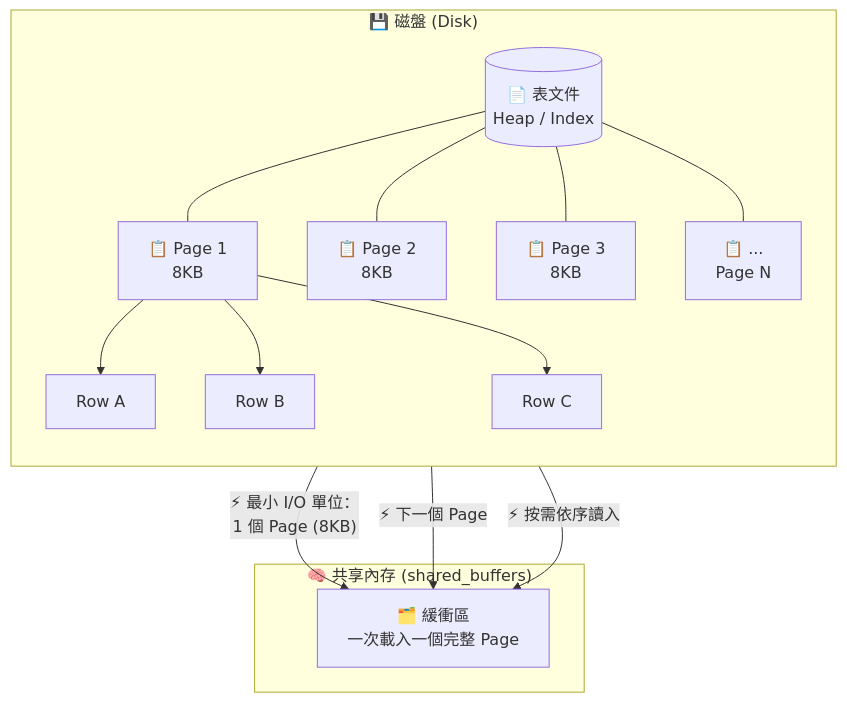
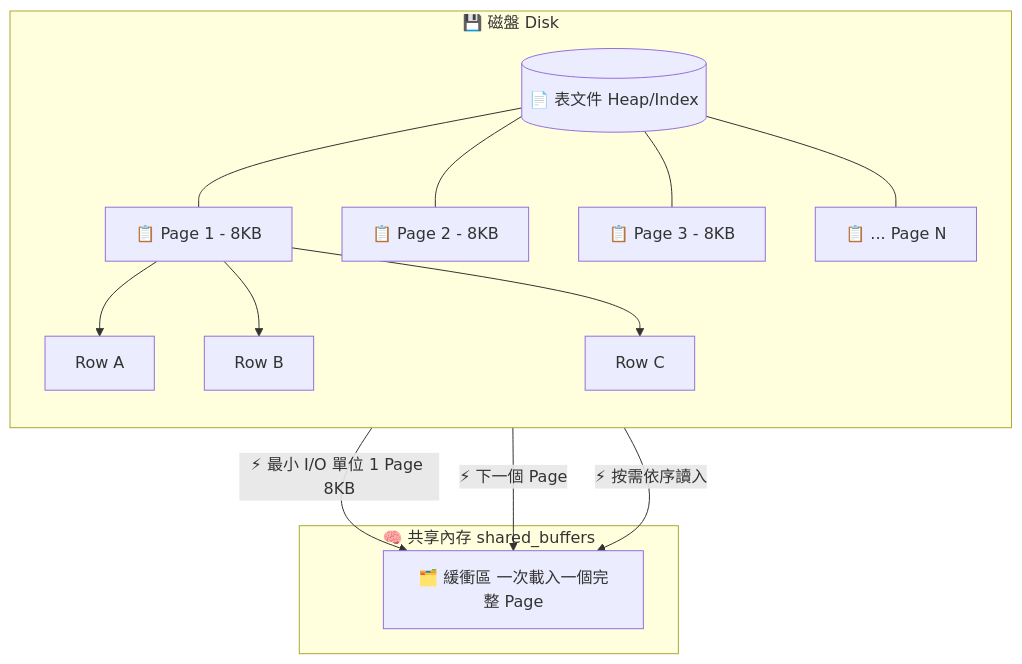
Before and after one commit to henry-tpwong/postgresql_note: the third of 9 diagrams in index/PostgreSQL_Index_Full.md, drawn with Mermaid. The commit also changed other lines of this file, not shown here.

First line of the commit message:
docs(index): 將 4 張 ASCII 圖轉換為 Mermaid

````diff
--- a/index/PostgreSQL_Index_Full.md
+++ b/index/PostgreSQL_Index_Full.md
@@ -577,28 +577,28 @@
 ```mermaid
 flowchart TD
-    subgraph Disk ["💾 磁盤 (Disk)"]
+    subgraph Disk["💾 磁盤 Disk"]
         direction TB
-        Table[(📄 表文件<br/>Heap / Index)]
-        Page1[📋 Page 1<br/>8KB]
-        Page2[📋 Page 2<br/>8KB]
-        Page3[📋 Page 3<br/>8KB]
-        PageX[📋 ...<br/>Page N]
+        Table[("📄 表文件 Heap/Index")]
+        Page1["📋 Page 1 - 8KB"]
+        Page2["📋 Page 2 - 8KB"]
+        Page3["📋 Page 3 - 8KB"]
+        PageX["📋 ... Page N"]
 
         Table --- Page1
         Table --- Page2
         Table --- Page3
         Table --- PageX
 
-        Page1 --> Row1[Row A]
-        Page1 --> Row2[Row B]
-        Page1 --> Row3[Row C]
+        Page1 --> Row1["Row A"]
+        Page1 --> Row2["Row B"]
+        Page1 --> Row3["Row C"]
     end
 
-    subgraph Memory ["🧠 共享內存 (shared_buffers)"]
-        Buffer[🗂️ 緩衝區<br/>一次載入一個完整 Page]
+    subgraph Memory["🧠 共享內存 shared_buffers"]
+        Buffer["🗂️ 緩衝區 一次載入一個完整 Page"]
     end
 
-    Page1 -->|"⚡ 最小 I/O 單位：<br/>1 個 Page (8KB)"| Buffer
+    Page1 -->|"⚡ 最小 I/O 單位 1 Page 8KB"| Buffer
     Page2 -->|"⚡ 下一個 Page"| Buffer
     Page3 -->|"⚡ 按需依序讀入"| Buffer
 ```
````
